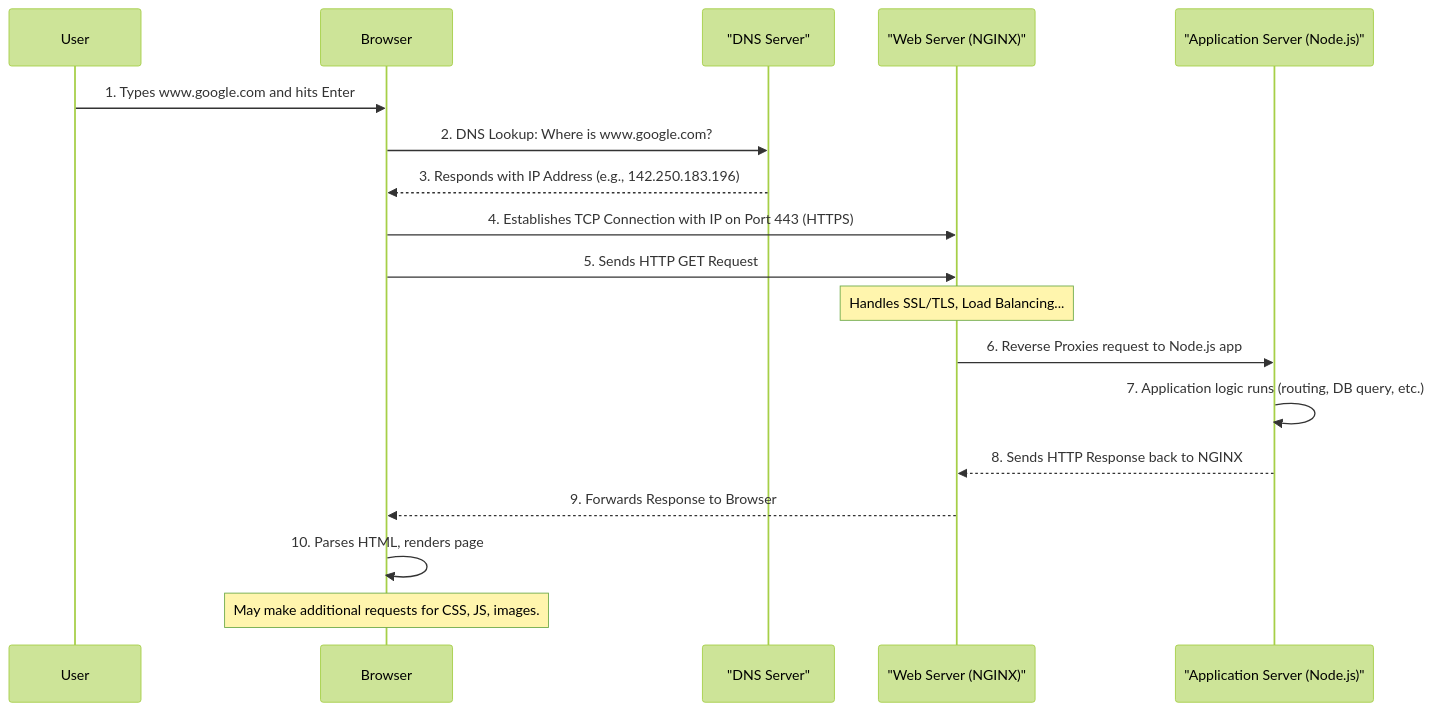
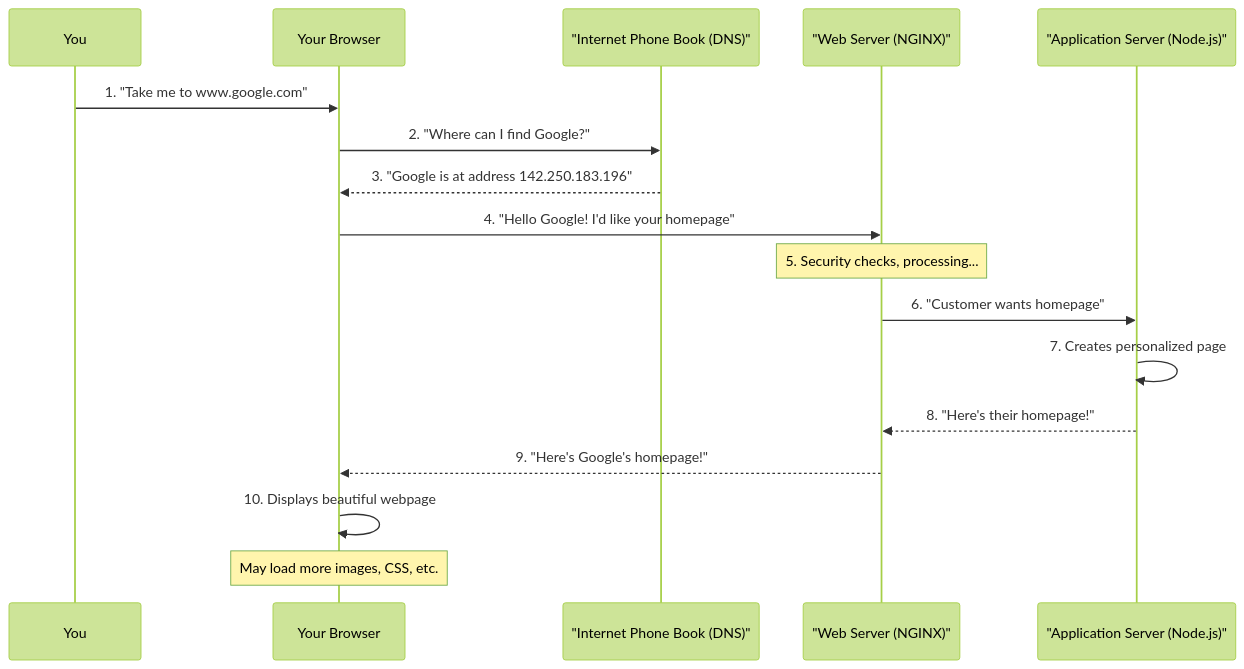
One commit to AltamashAhmad/Browser_and_Server_guide changed the third of 7 diagrams in README.md. Above: the diagram before and after it, drawn with Mermaid (forest theme). The commit also changed other lines of this file, not shown here.

````diff
--- a/README.md
+++ b/README.md
@@ -136,21 +235,20 @@
 ```mermaid
 sequenceDiagram
-    participant User
-    participant Browser
-    participant "DNS Server"
+    participant You
+    participant Your Browser
+    participant "Internet Phone Book (DNS)"
     participant "Web Server (NGINX)"
     participant "Application Server (Node.js)"
 
-    User->>Browser: 1. Types www.google.com and hits Enter
-    Browser->>"DNS Server": 2. DNS Lookup: Where is www.google.com?
-    "DNS Server"-->>Browser: 3. Responds with IP Address (e.g., 142.250.183.196)
-    Browser->>"Web Server (NGINX)": 4. Establishes TCP Connection with IP on Port 443 (HTTPS)
-    Browser->>"Web Server (NGINX)": 5. Sends HTTP GET Request
-    Note over "Web Server (NGINX)": Handles SSL/TLS, Load Balancing...
-    "Web Server (NGINX)"->>"Application Server (Node.js)": 6. Reverse Proxies request to Node.js app
-    "Application Server (Node.js)"->>"Application Server (Node.js)": 7. Application logic runs (routing, DB query, etc.)
-    "Application Server (Node.js)"-->>"Web Server (NGINX)": 8. Sends HTTP Response back to NGINX
-    "Web Server (NGINX)"-->>Browser: 9. Forwards Response to Browser
-    Browser->>Browser: 10. Parses HTML, renders page
-    Note over Browser: May make additional requests for CSS, JS, images.
+    You->>Your Browser: 1. "Take me to www.google.com"
+    Your Browser->>"Internet Phone Book (DNS)": 2. "Where can I find Google?"
+    "Internet Phone Book (DNS)"-->>Your Browser: 3. "Google is at address 142.250.183.196"
+    Your Browser->>"Web Server (NGINX)": 4. "Hello Google! I'd like your homepage"
+    Note over "Web Server (NGINX)": 5. Security checks, processing...
+    "Web Server (NGINX)"->>"Application Server (Node.js)": 6. "Customer wants homepage"
+    "Application Server (Node.js)"->>"Application Server (Node.js)": 7. Creates personalized page
+    "Application Server (Node.js)"-->>"Web Server (NGINX)": 8. "Here's their homepage!"
+    "Web Server (NGINX)"-->>Your Browser: 9. "Here's Google's homepage!"
+    Your Browser->>Your Browser: 10. Displays beautiful webpage
+    Note over Your Browser: May load more images, CSS, etc.
 ```
````
